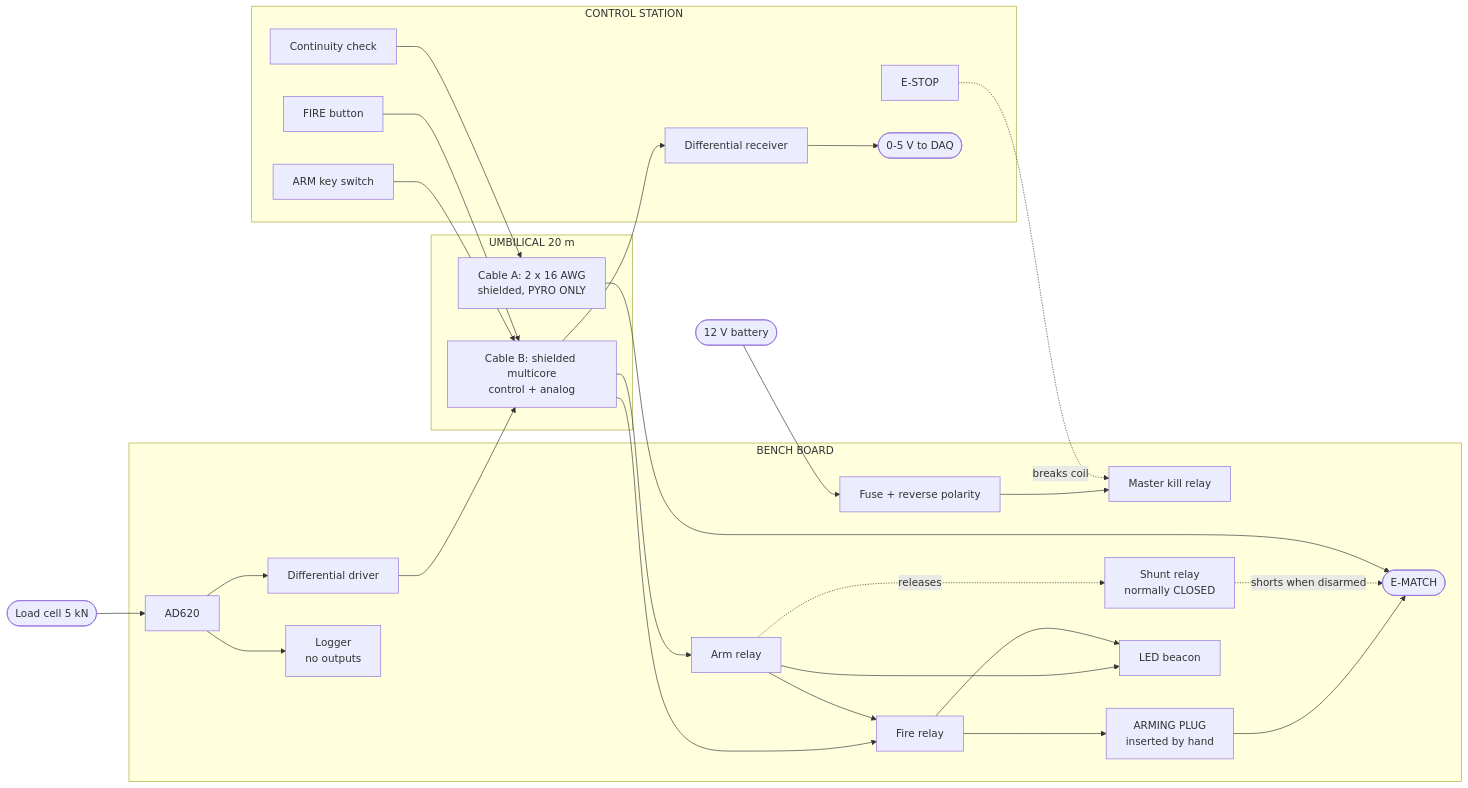
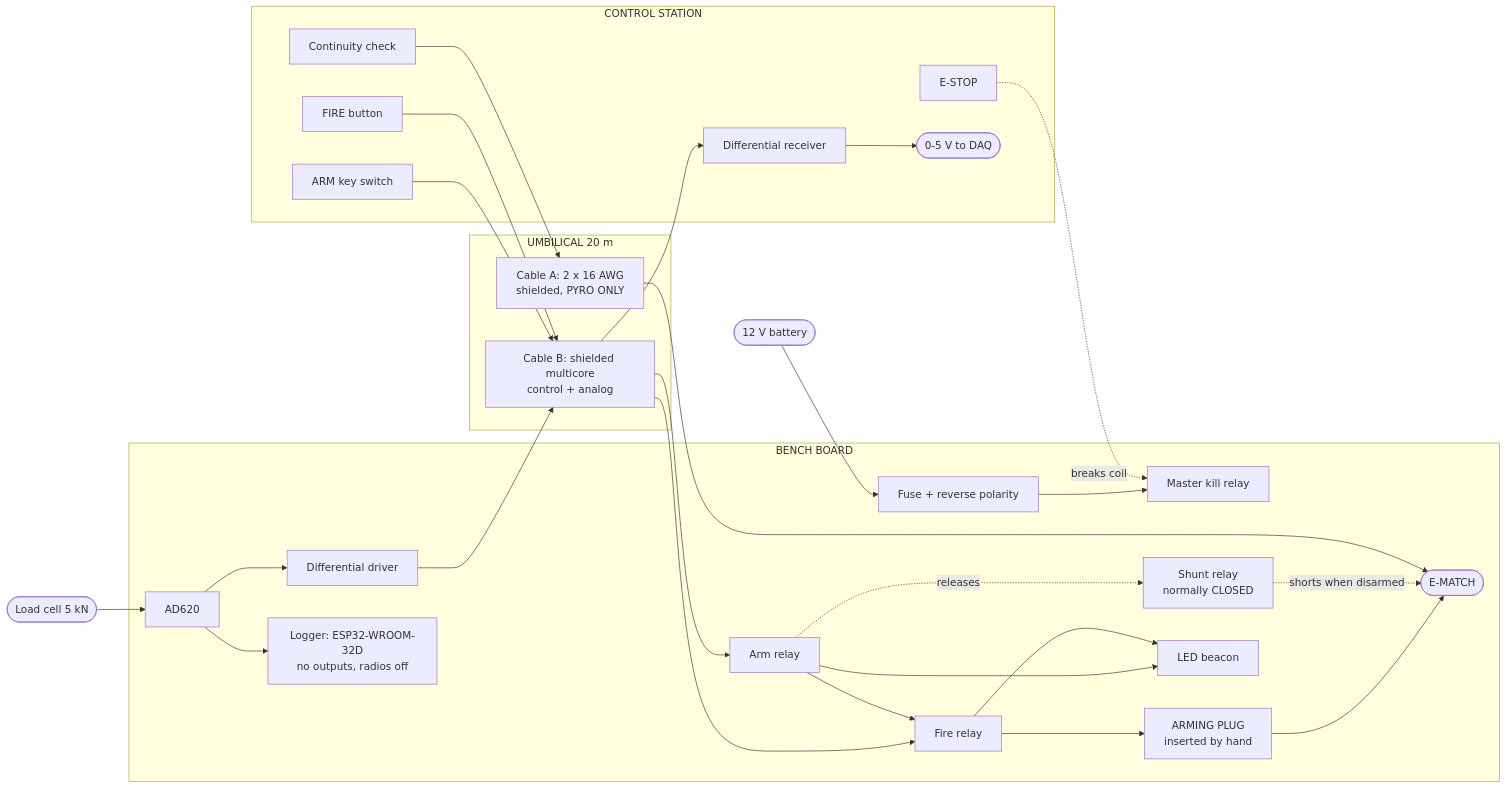
The diagram in README.md (sofi1209/TALAVERA-v1-TestBench), drawn with Mermaid before and after one commit. The commit also changed other lines of this file and 9 other files, not shown here.

First line of the commit message:
Logger: switch to ESP32-DevKitC V4 (ESP32-WROOM-32D)

````diff
--- a/README.md
+++ b/README.md
@@ -112,49 +119,49 @@
 ```mermaid
 flowchart LR
     BATT(["12 V battery"])
     LC(["Load cell 5 kN"])
 
     subgraph ST["CONTROL STATION"]
         ESTOP["E-STOP"]
         ARMK["ARM key switch"]
         FIREB["FIRE button"]
         CONT["Continuity check"]
         RX["Differential receiver"]
         OUT(["0-5 V to DAQ"])
     end
 
     subgraph CAB["UMBILICAL 20 m"]
         PYROC["Cable A: 2 x 16 AWG<br/>shielded, PYRO ONLY"]
         CTRLC["Cable B: shielded multicore<br/>control + analog"]
     end
 
     subgraph BN["BENCH BOARD"]
         PROT["Fuse + reverse polarity"]
         MASTER["Master kill relay"]
         ARMR["Arm relay"]
         FIRER["Fire relay"]
         PLUG["ARMING PLUG<br/>inserted by hand"]
         SHUNT["Shunt relay<br/>normally CLOSED"]
         MATCH(["E-MATCH"])
         AMP["AD620"]
         DRV["Differential driver"]
         BEAC["LED beacon"]
-        LOG["Logger<br/>no outputs"]
+        LOG["Logger: ESP32-WROOM-32D<br/>no outputs, radios off"]
     end
 
     BATT --> PROT --> MASTER
     ESTOP -.->|breaks coil| MASTER
     ARMK --> CTRLC
     FIREB --> CTRLC
     CTRLC --> ARMR
     CTRLC --> FIRER
     ARMR --> FIRER --> PLUG --> MATCH
     SHUNT -.->|shorts when disarmed| MATCH
     ARMR -.->|releases| SHUNT
     CONT --> PYROC --> MATCH
     LC --> AMP
     AMP --> DRV --> CTRLC --> RX --> OUT
     AMP --> LOG
     ARMR --> BEAC
     FIRER --> BEAC
 ```
````
